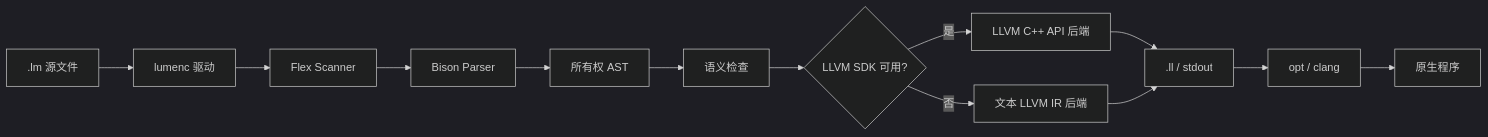
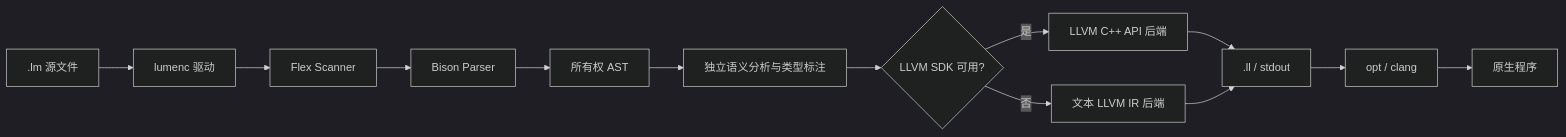
The diagram in docs/architecture.md (wiseism/c-compiler), drawn with Mermaid (dark theme) before and after one commit. The commit also changed other lines of this file and 14 other files, not shown here.

````diff
--- a/docs/architecture.md
+++ b/docs/architecture.md
@@ -25,15 +25,15 @@
 ```mermaid
 flowchart LR
     Source[.lm 源文件] --> Driver[lumenc 驱动]
     Driver --> Flex[Flex Scanner]
     Flex --> Bison[Bison Parser]
     Bison --> AST[所有权 AST]
-    AST --> Semantic[语义检查]
+    AST --> Semantic[独立语义分析与类型标注]
     Semantic --> Select{LLVM SDK 可用?}
     Select -->|是| API[LLVM C++ API 后端]
     Select -->|否| Text[文本 LLVM IR 后端]
     API --> IR[.ll / stdout]
     Text --> IR
     IR --> LLVM[opt / clang]
     LLVM --> Native[原生程序]
 ```
````
